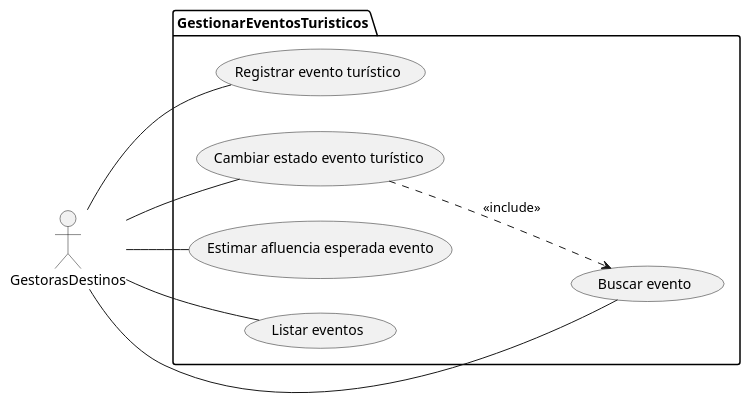
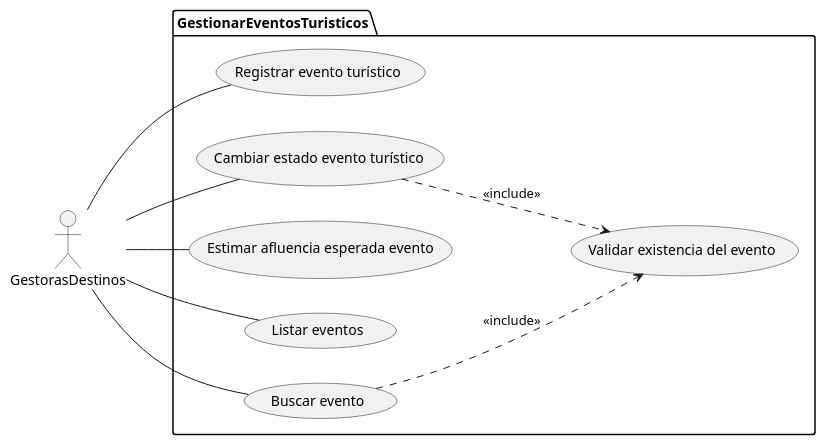
The diagram in docs/modelos/uc-lvl-1/gestionar-eventos/gestoras-diagrama.puml (xdark-nessx20/SM-Xplore), drawn with PlantUML before and after one commit. The commit also changed 3 other files, not shown here.

Commit message:
Fix: applying fixes to use-cases diagrams level one suggested by the professor.

```diff
--- a/docs/modelos/uc-lvl-1/gestionar-eventos/gestoras-diagrama.puml
+++ b/docs/modelos/uc-lvl-1/gestionar-eventos/gestoras-diagrama.puml
@@ -1,23 +1,25 @@
 @startuml
 
 left to right direction
 
 actor GestorasDestinos as G
 
 package GestionarEventosTuristicos {
     usecase "Registrar evento turístico" as UC1
     usecase "Cambiar estado evento turístico" as UC2
     usecase "Estimar afluencia esperada evento" as UC3
     usecase "Listar eventos" as UC4
     usecase "Buscar evento" as UC5
+    usecase "Validar existencia del evento" as UC6
 }
 
 G -- UC1
 G -- UC2
 G -- UC3
 G -- UC4
 G -- UC5
 
-UC2 ..> UC5 : <<include>>
+UC2 ..> UC6 : <<include>>
+UC5 ..> UC6 : <<include>>
 
 @enduml
```
